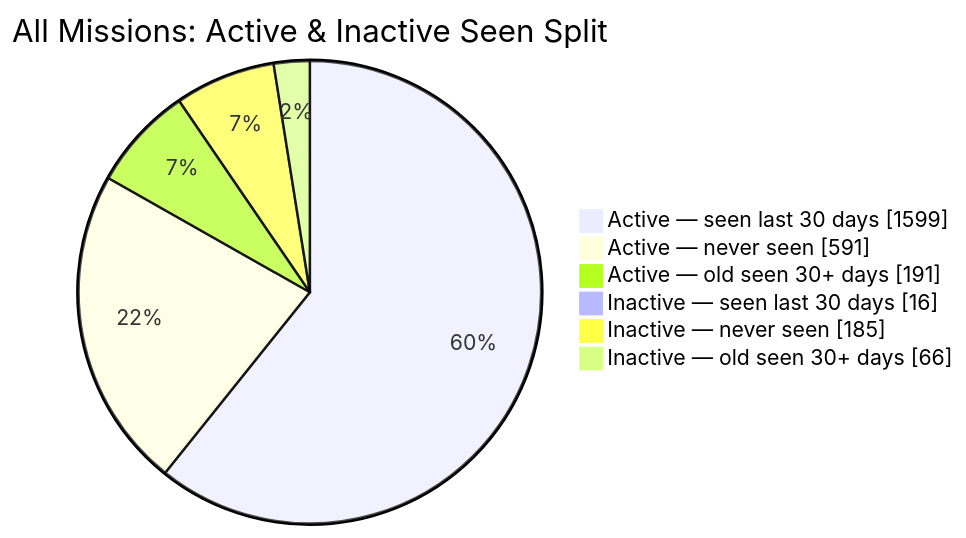
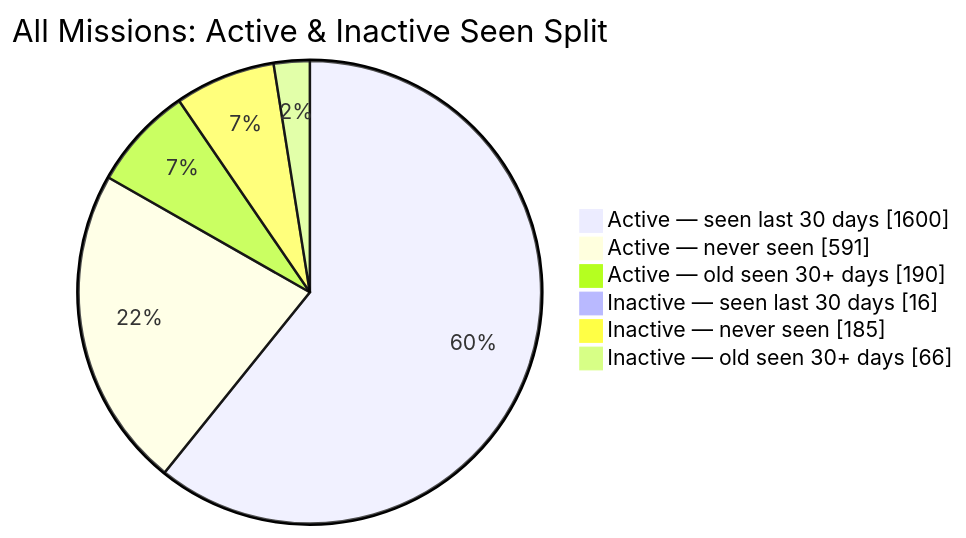
The second of 2 diagrams in README.md (MeldkamerspelGameTeam/active-missions), drawn with Mermaid before and after one commit. The commit also changed other lines of this file and 3 other files, not shown here.

````diff
--- a/README.md
+++ b/README.md
@@ -44,10 +44,10 @@
 ```mermaid
 pie showData
     title All Missions: Active & Inactive Seen Split
-    "Active — seen last 30 days" : 1599
+    "Active — seen last 30 days" : 1600
     "Active — never seen" : 591
-    "Active — old seen 30+ days" : 191
+    "Active — old seen 30+ days" : 190
     "Inactive — seen last 30 days" : 16
     "Inactive — never seen" : 185
     "Inactive — old seen 30+ days" : 66
 ```
````
